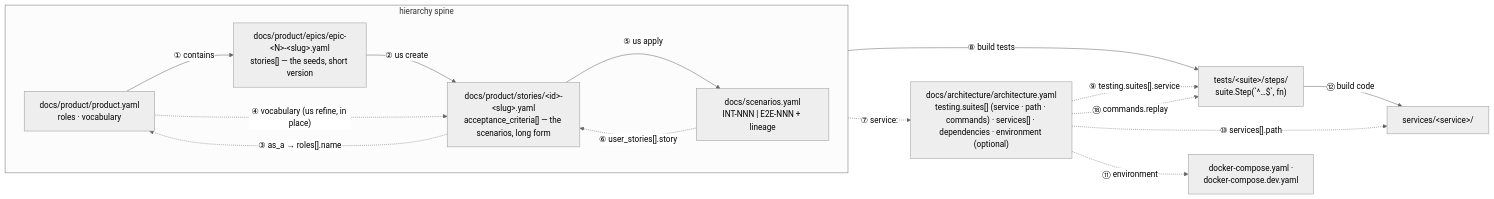
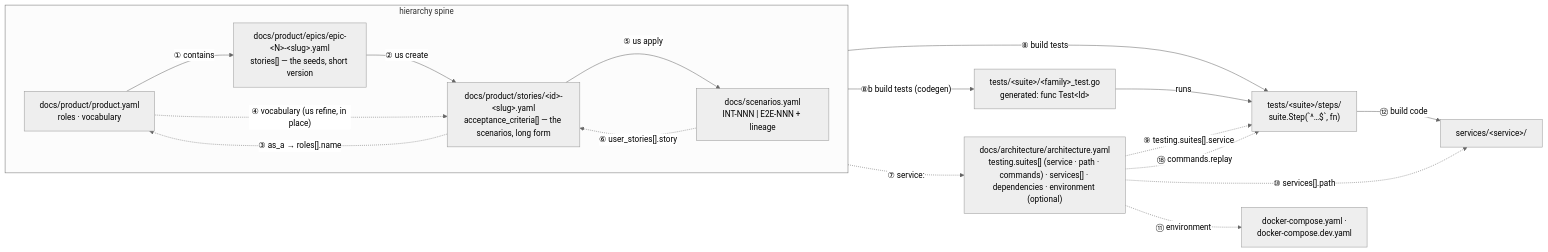
The diagram in docs/doc-universe.md (ondatra-ai/true-bdd), drawn with Mermaid (neutral theme) before and after one commit. The commit also changed other lines of this file and 276 other files, not shown here.

````diff
--- a/docs/doc-universe.md
+++ b/docs/doc-universe.md
@@ -80,30 +83,33 @@
 ```mermaid
 flowchart LR
   subgraph spine["hierarchy spine"]
     direction LR
     PRODUCT["docs/product/product.yaml<br/>roles · vocabulary"]
     EPIC["docs/product/epics/epic-&lt;N&gt;-&lt;slug&gt;.yaml<br/>stories[] — the seeds, short version"]
     STORY["docs/product/stories/&lt;id&gt;-&lt;slug&gt;.yaml<br/>acceptance_criteria[] — the scenarios, long form"]
     REG["docs/scenarios.yaml<br/>INT-NNN | E2E-NNN + lineage"]
     PRODUCT -- "① contains" --> EPIC
     EPIC -- "② us create" --> STORY
     STORY -- "⑤ us apply" --> REG
   end
 
   STORY -. "③ as_a → roles[].name" .-> PRODUCT
   PRODUCT -. "④ vocabulary (us refine, in place)" .-> STORY
   REG -. "⑥ user_stories[].story" .-> STORY
 
   ARCH["docs/architecture/architecture.yaml<br/>testing.suites[] (service · path · commands) · services[] · dependencies · environment (optional)"]
+  GEN["tests/&lt;suite&gt;/&lt;family&gt;_test.go<br/>generated: func Test&lt;Id&gt;"]
   TESTS["tests/&lt;suite&gt;/steps/<br/>suite.Step(`^…$`, fn)"]
   SRC["services/&lt;service&gt;/"]
   COMPOSE["docker-compose.yaml ·<br/>docker-compose.dev.yaml"]
 
   REG -- "⑧ build tests" --> TESTS
+  REG -- "⑧b build tests (codegen)" --> GEN
+  GEN -- "runs" --> TESTS
   TESTS -- "⑫ build code" --> SRC
   REG -. "⑦ service:" .-> ARCH
   ARCH -. "⑨ testing.suites[].service" .-> TESTS
   ARCH -. "⑱ commands.replay" .-> TESTS
   ARCH -. "⑩ services[].path" .-> SRC
   ARCH -. "⑪ environment" .-> COMPOSE
 ```
````
